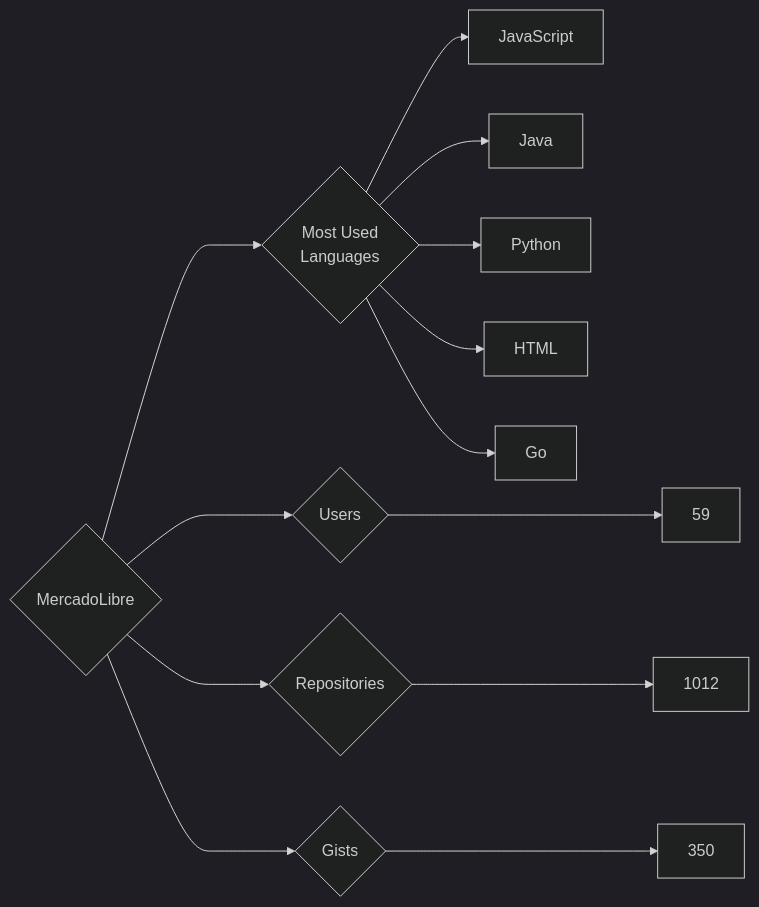
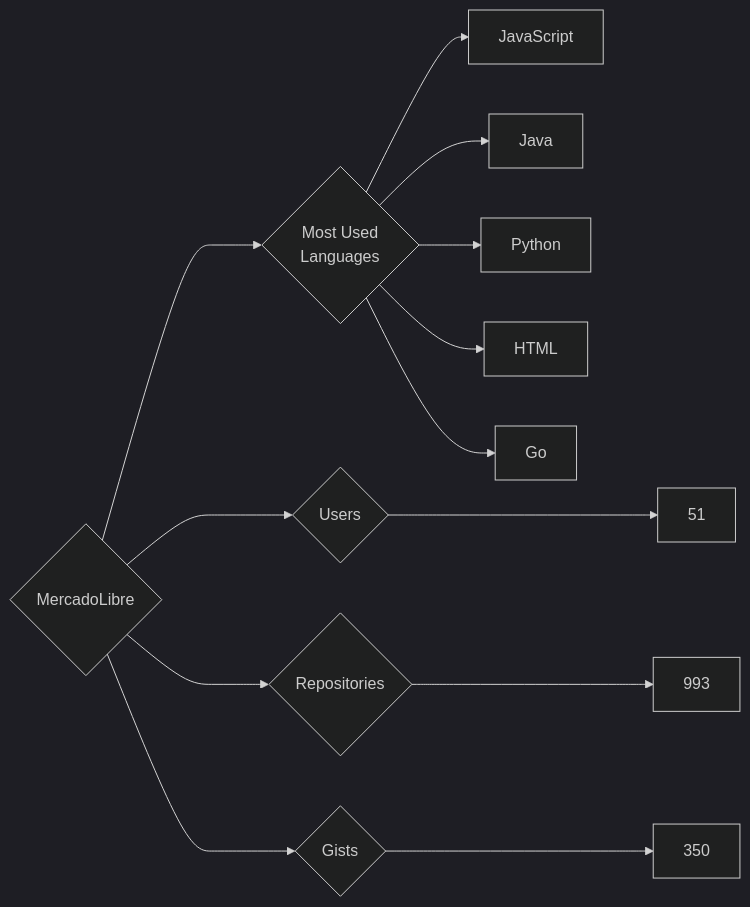
Before and after one commit to trickest/insiders: the diagram in targets/MercadoLibre/README.md, drawn with Mermaid (dark theme). The commit also changed 677 other files, not shown here.

````diff
--- a/targets/MercadoLibre/README.md
+++ b/targets/MercadoLibre/README.md
@@ -3,13 +3,13 @@
 ```mermaid
 graph LR
 COMPANY_NAME{MercadoLibre}
-COMPANY_NAME ---> U{Users} ---> UN[59]
-COMPANY_NAME ---> R{Repositories} ---> RN[1012]
+COMPANY_NAME ---> U{Users} ---> UN[51]
+COMPANY_NAME ---> R{Repositories} ---> RN[993]
 COMPANY_NAME ---> G{Gists} ---> GN[350]
 COMPANY_NAME ---> ML{Most Used<br>Languages}
 ML --> JavaScript[JavaScript]
 ML --> Java[Java]
 ML --> Python[Python]
 ML --> HTML[HTML]
 ML --> Go[Go]
 ```
````
